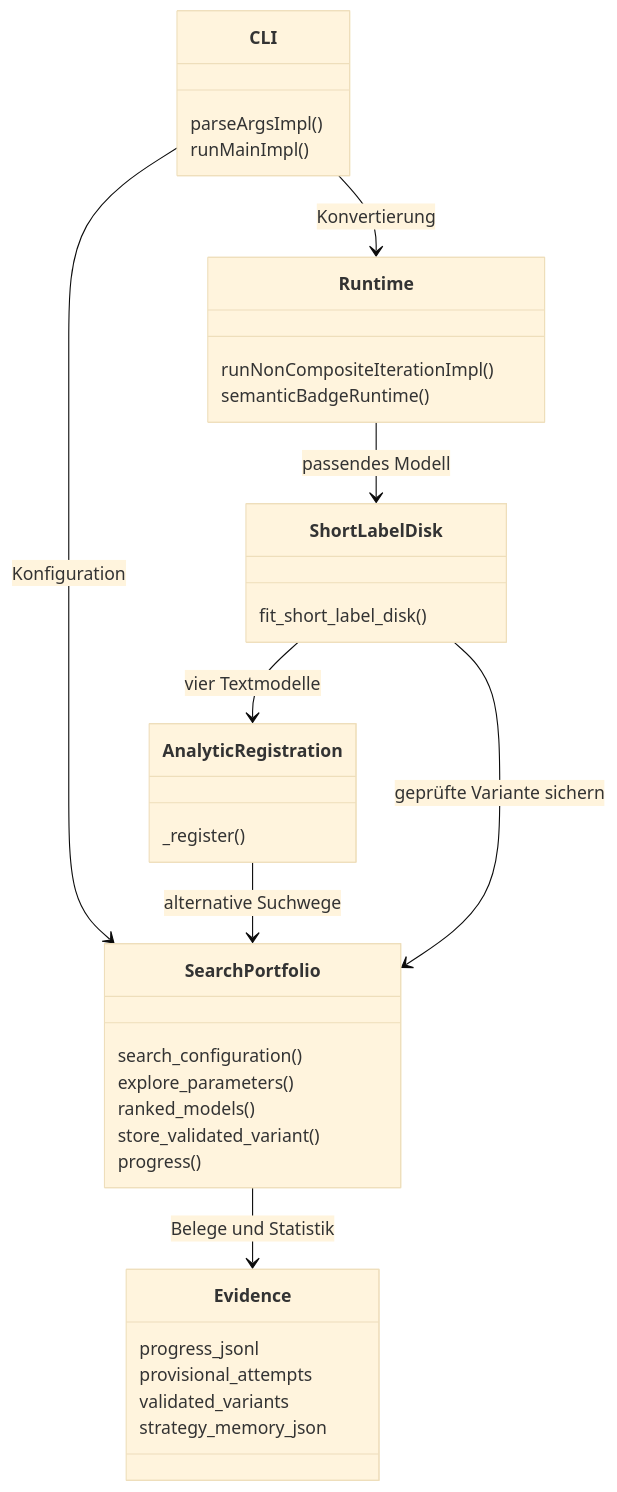
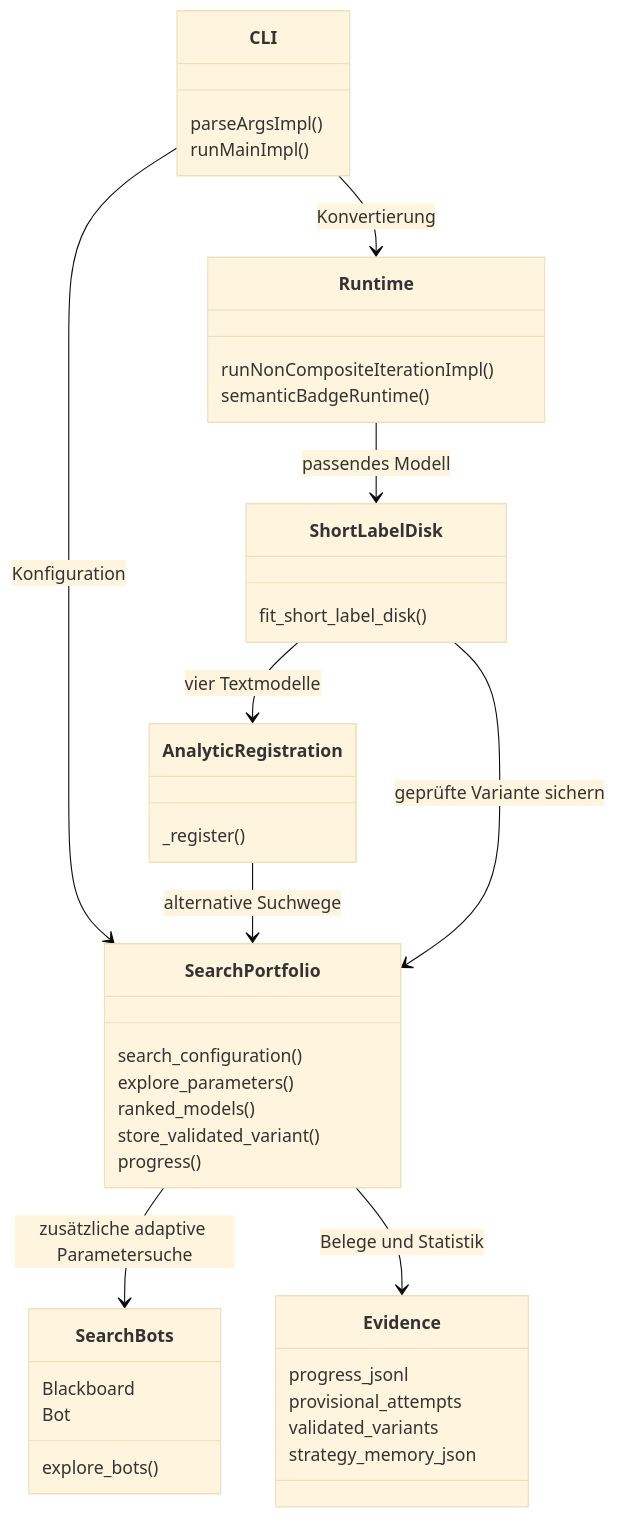
One commit to MobyDickDick/ImageConverter changed the second of 3 diagrams in docs/conversion_search_uml.md. Above: the diagram before and after it, drawn with Mermaid (base theme). The commit also changed other lines of this file and 165 other files, not shown here.

````diff
--- a/docs/conversion_search_uml.md
+++ b/docs/conversion_search_uml.md
@@ -63,37 +67,43 @@
 ```mermaid
 classDiagram
     class CLI {
         parseArgsImpl()
         runMainImpl()
     }
     class SearchPortfolio {
         search_configuration()
         explore_parameters()
         ranked_models()
         store_validated_variant()
         progress()
     }
     class AnalyticRegistration {
         _register()
+    }
+    class SearchBots {
+        explore_bots()
+        Blackboard
+        Bot
     }
     class ShortLabelDisk {
         fit_short_label_disk()
     }
     class Runtime {
         runNonCompositeIterationImpl()
         semanticBadgeRuntime()
     }
     class Evidence {
         progress_jsonl
         provisional_attempts
         validated_variants
         strategy_memory_json
     }
     CLI --> SearchPortfolio : Konfiguration
     CLI --> Runtime : Konvertierung
     Runtime --> ShortLabelDisk : passendes Modell
     ShortLabelDisk --> AnalyticRegistration : vier Textmodelle
     AnalyticRegistration --> SearchPortfolio : alternative Suchwege
+    SearchPortfolio --> SearchBots : zusätzliche adaptive Parametersuche
     ShortLabelDisk --> SearchPortfolio : geprüfte Variante sichern
     SearchPortfolio --> Evidence : Belege und Statistik
 ```
````
